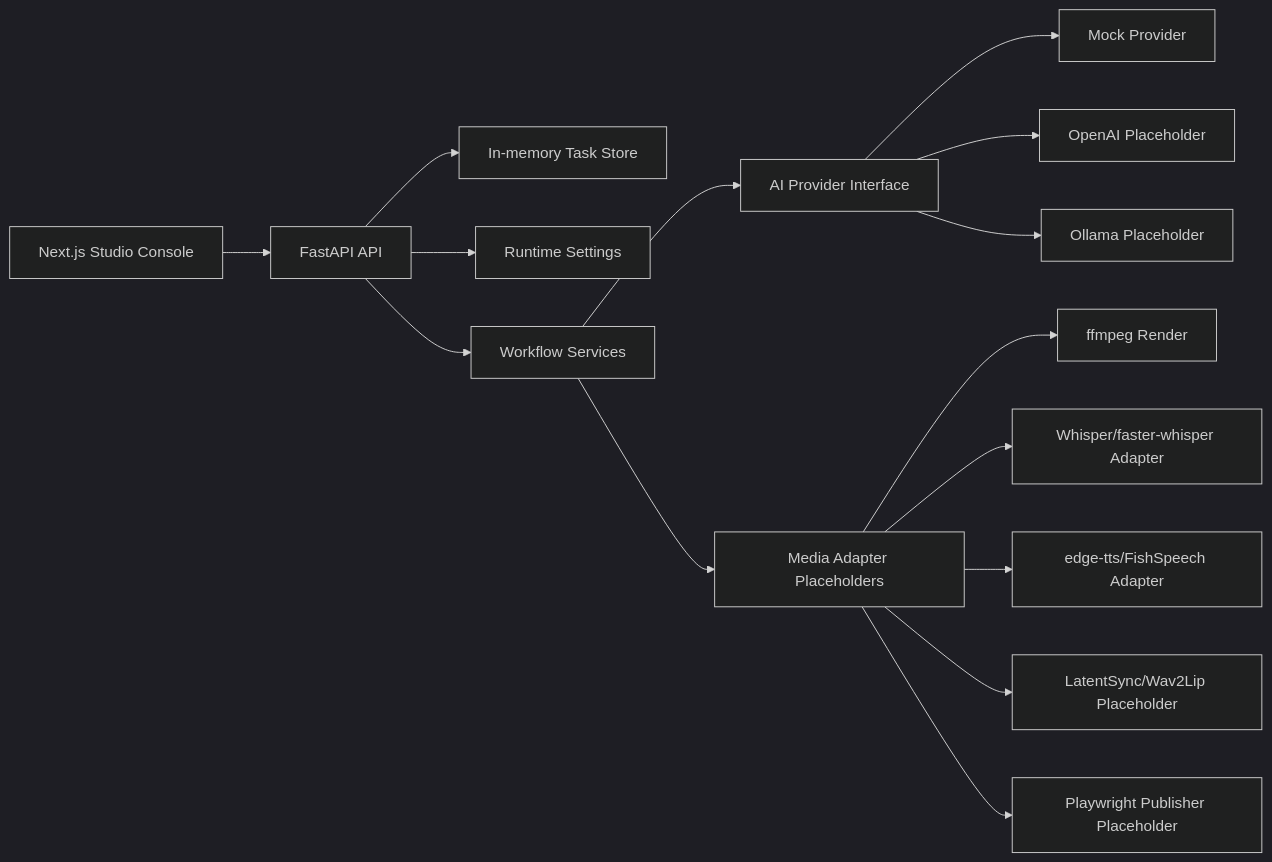
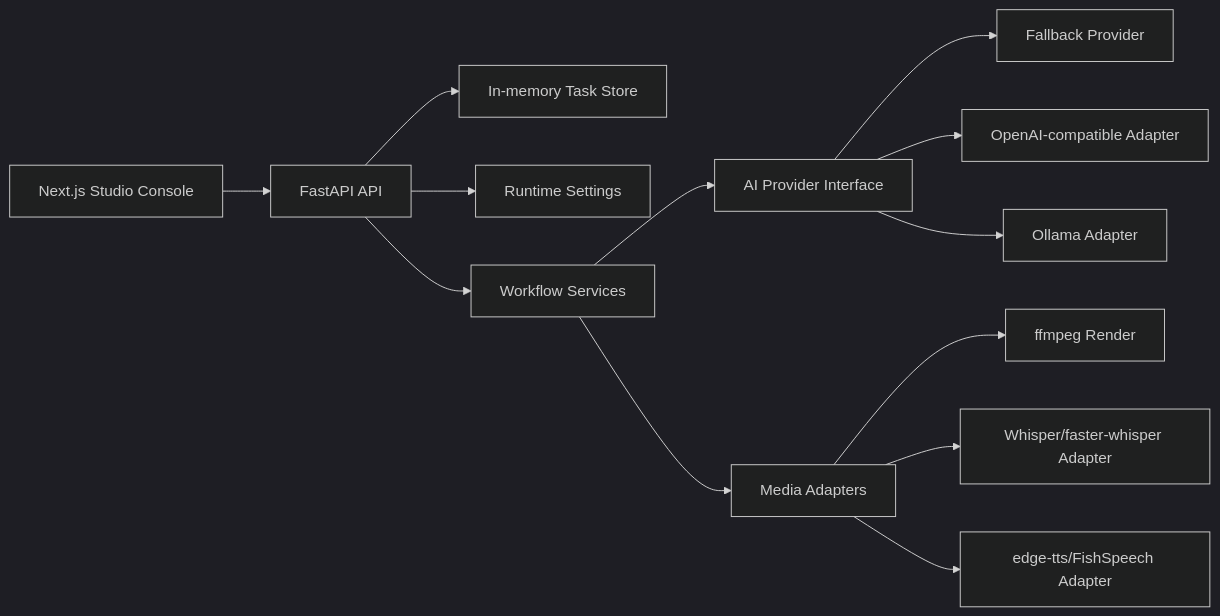
The diagram in docs/ARCHITECTURE.md (quanxuanji/dev-shorts-ai), drawn with Mermaid (dark theme) before and after one commit. The commit also changed other lines of this file and 82 other files, not shown here.

````diff
--- a/docs/ARCHITECTURE.md
+++ b/docs/ARCHITECTURE.md
@@ -7,17 +7,15 @@
 ```mermaid
 flowchart LR
   Web[Next.js Studio Console] --> API[FastAPI API]
   API --> TaskStore[In-memory Task Store]
   API --> Settings[Runtime Settings]
   API --> Services[Workflow Services]
   Services --> Providers[AI Provider Interface]
-  Services --> Media[Media Adapter Placeholders]
-  Providers --> Mock[Mock Provider]
-  Providers --> OpenAI[OpenAI Placeholder]
-  Providers --> Ollama[Ollama Placeholder]
+  Services --> Media[Media Adapters]
+  Providers --> Fallback[Fallback Provider]
+  Providers --> OpenAI[OpenAI-compatible Adapter]
+  Providers --> Ollama[Ollama Adapter]
   Media --> FFmpeg[ffmpeg Render]
   Media --> Whisper[Whisper/faster-whisper Adapter]
   Media --> TTS[edge-tts/FishSpeech Adapter]
-  Media --> Avatar[LatentSync/Wav2Lip Placeholder]
-  Media --> Publish[Playwright Publisher Placeholder]
 ```
````
